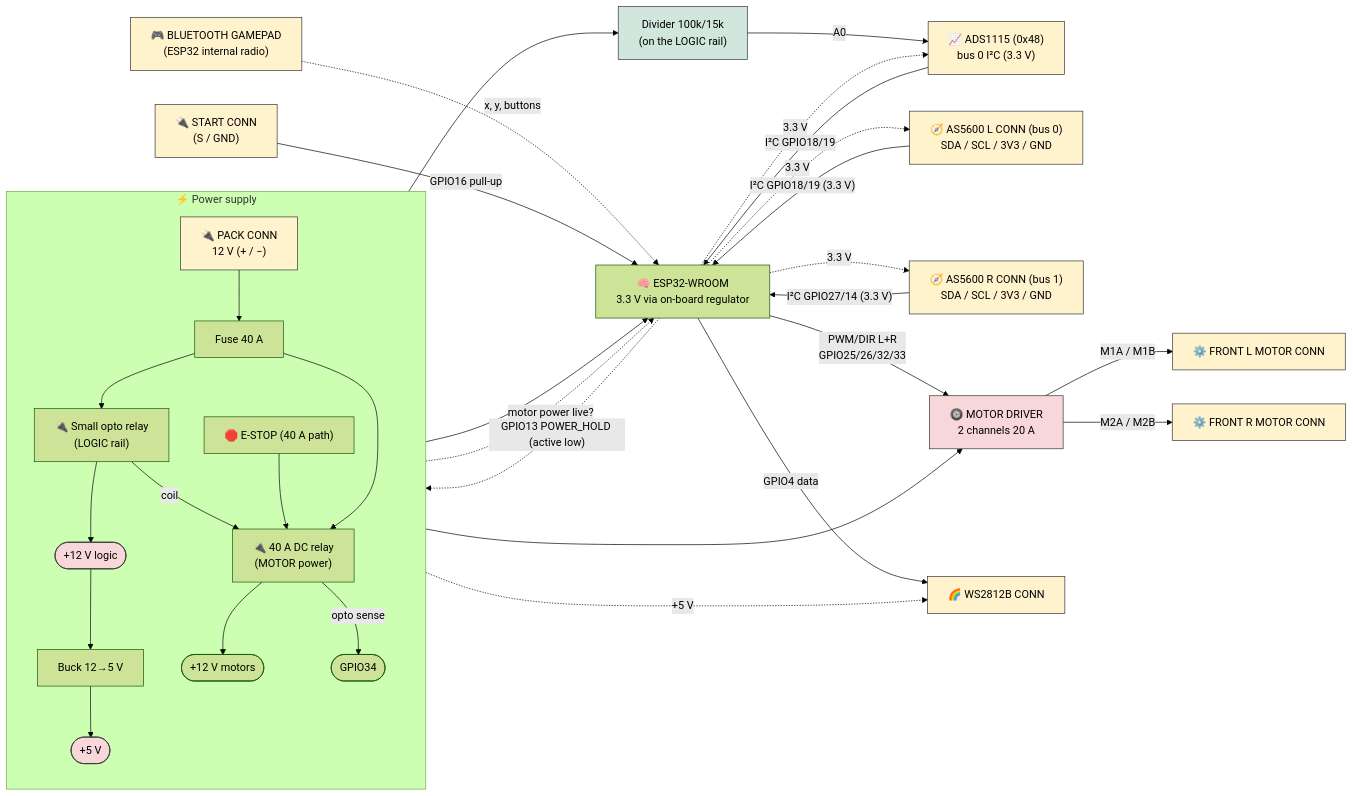
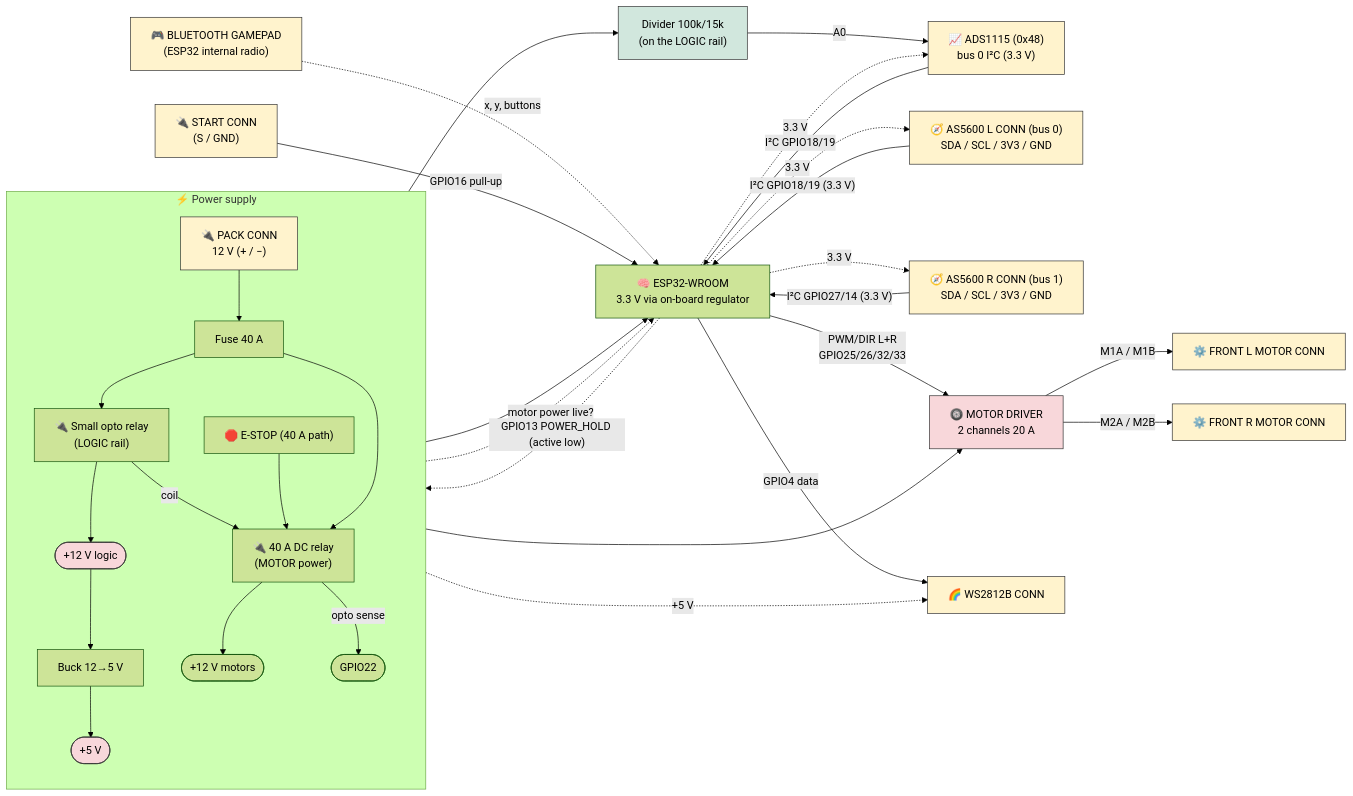
One commit to pinkymaxou/powered-soapbox-car changed the seventh of 10 diagrams in README.md. Above: the diagram before and after it, drawn with Mermaid (forest theme). The commit also changed other lines of this file and 9 other files, not shown here.

````diff
--- a/README.md
+++ b/README.md
@@ -520,44 +520,44 @@
 ```mermaid
 flowchart LR
     subgraph PWR["⚡ Power supply"]
         direction TB
         PA["🔌 PACK CONN<br/>12 V (+ / −)"] --> FA["Fuse 40 A"] --> SR["🔌 Small opto relay<br/>(LOGIC rail)"]
         FA --> BR["🔌 40 A DC relay<br/>(MOTOR power)"]
         SR --> RAIL(["+12 V logic"])
         SR -->|"coil"| BR
         ESTOP["🛑 E-STOP (40 A path)"] --> BR
         BR --> MPWR(["+12 V motors"])
-        BR -->|"opto sense"| SENSE(["GPIO34"])
+        BR -->|"opto sense"| SENSE(["GPIO22"])
         RAIL --> BUCK["Buck 12→5 V"] --> V5(["+5 V"])
     end
 
     ESP["🧠 ESP32-WROOM<br/>3.3 V via on-board regulator"]
     V5 --> ESP
     ESP -. "GPIO13 POWER_HOLD (active low)" .-> SR
     SENSE -.->|"motor power live?"| ESP
 
     PAD["🎮 BLUETOOTH GAMEPAD<br/>(ESP32 internal radio)"] -.->|"x, y, buttons"| ESP
     RAIL --> DIVB["Divider 100k/15k<br/>(on the LOGIC rail)"] -->|"A0"| ADS["📈 ADS1115 (0x48)<br/>bus 0 I²C (3.3 V)"]
     ADS -->|"I²C GPIO18/19"| ESP
     EG["🧭 AS5600 L CONN (bus 0)<br/>SDA / SCL / 3V3 / GND"] -->|"I²C GPIO18/19 (3.3 V)"| ESP
     ED["🧭 AS5600 R CONN (bus 1)<br/>SDA / SCL / 3V3 / GND"] -->|"I²C GPIO27/14 (3.3 V)"| ESP
     BST["🔌 START CONN<br/>(S / GND)"] -->|"GPIO16 pull-up"| ESP
 
     ESP -->|"PWM/DIR L+R<br/>GPIO25/26/32/33"| DRV["🛞 MOTOR DRIVER<br/>2 channels 20 A"]
     RAIL --> DRV
     DRV -->|"M1A / M1B"| MG["⚙️ FRONT L MOTOR CONN"]
     DRV -->|"M2A / M2B"| MD["⚙️ FRONT R MOTOR CONN"]
     ESP -->|"GPIO4 data"| WS["🌈 WS2812B CONN"]
 
     V5 -. "+5 V" .-> WS
     ESP -. "3.3 V" .-> EG
     ESP -. "3.3 V" .-> ED
     ESP -. "3.3 V" .-> ADS
 
     classDef pwr fill:#f8d7da,stroke:#333;
     classDef conn fill:#fff3cd,stroke:#333;
     classDef cond fill:#d1e7dd,stroke:#333;
     class RAIL,V5,LATCH,DRV pwr;
     class PA,PB,PAD,EG,ED,ADS,BST,MG,MD,WS conn;
     class DIVB cond;
 ```
````
